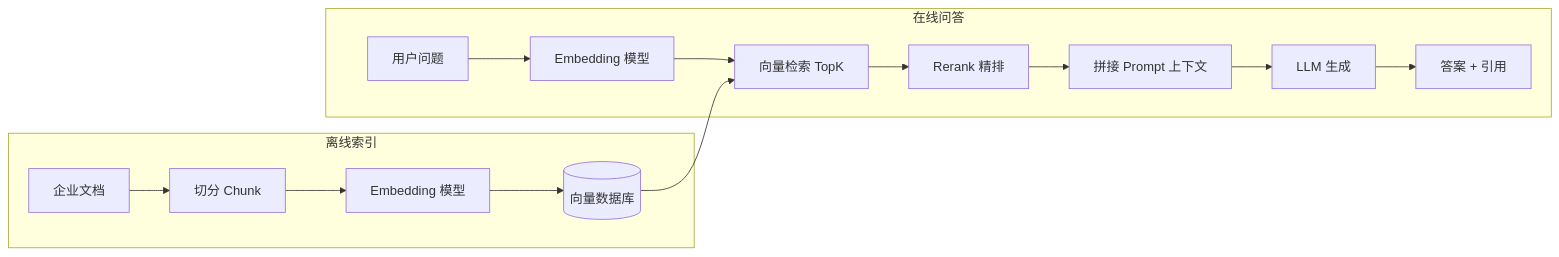
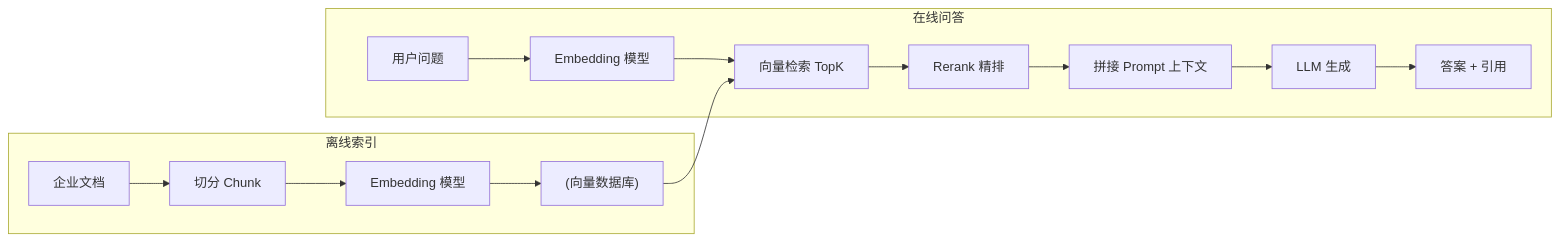
The fourth of 4 diagrams in 21-cloud-native-bigdata.md (regding/java-interview-prep), drawn with Mermaid before and after one commit. The commit also changed other lines of this file and 20 other files, not shown here.

First line of the commit message:
fix: 全库 mermaid 中文节点标签统一加引号

````diff
--- a/21-cloud-native-bigdata.md
+++ b/21-cloud-native-bigdata.md
@@ -394,17 +394,17 @@
 ```mermaid
 flowchart LR
-    subgraph 离线索引
-        D[企业文档] --> S[切分 Chunk]
-        S --> E1[Embedding 模型]
-        E1 --> V[(向量数据库)]
+    subgraph "离线索引"
+        D["企业文档"] --> S["切分 Chunk"]
+        S --> E1["Embedding 模型"]
+        E1 --> V["(向量数据库)"]
     end
-    subgraph 在线问答
-        Q[用户问题] --> E2[Embedding 模型]
-        E2 --> R[向量检索 TopK]
+    subgraph "在线问答"
+        Q["用户问题"] --> E2["Embedding 模型"]
+        E2 --> R["向量检索 TopK"]
         V --> R
-        R --> RER[Rerank 精排]
-        RER --> P[拼接 Prompt 上下文]
-        P --> L[LLM 生成]
-        L --> A[答案 + 引用]
+        R --> RER["Rerank 精排"]
+        RER --> P["拼接 Prompt 上下文"]
+        P --> L["LLM 生成"]
+        L --> A["答案 + 引用"]
     end
 ```
````
